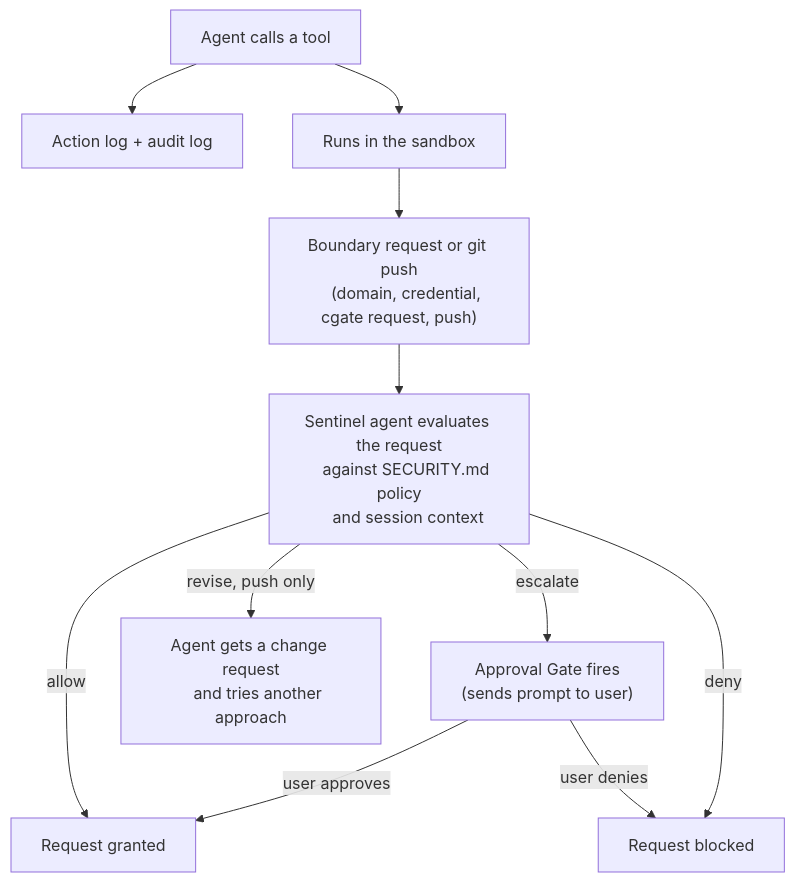
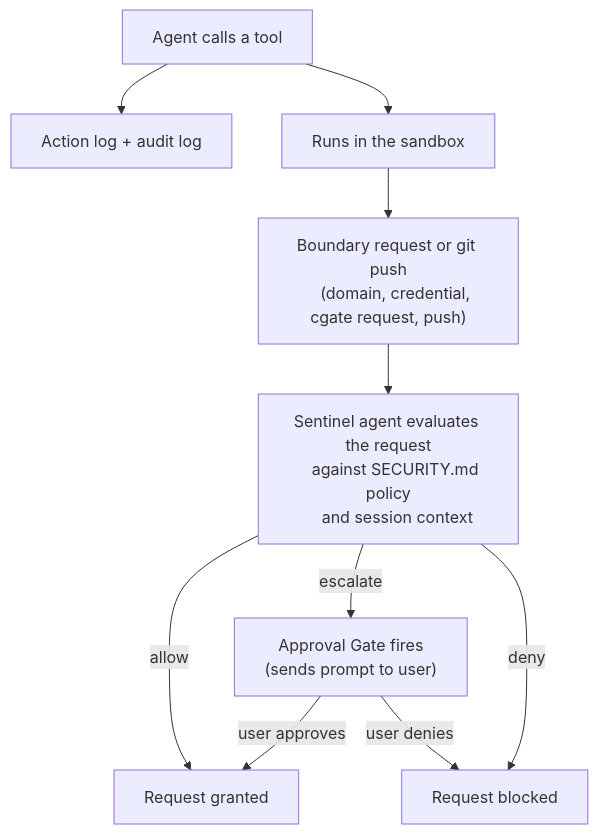
Before and after one commit to thiesgerken/carapace: the diagram in docs/security.md, drawn with Mermaid. The commit also changed other lines of this file and 25 other files, not shown here.

First line of the commit message:
♻️ refactor: drop the sentinel's revise verdict

````diff
--- a/docs/security.md
+++ b/docs/security.md
@@ -16,28 +15,25 @@
 ```mermaid
 flowchart TD
     Agent[Agent calls a tool]
     Log[Action log + audit log]
     Sandbox[Runs in the sandbox]
     Request["Boundary request or git push
     (domain, credential, cgate request, push)"]
     Sentinel["Sentinel agent evaluates the request
     against SECURITY.md policy
     and session context"]
     Proceed[Request granted]
-    Revise["Agent gets a change request
-    and tries another approach"]
     Gate["Approval Gate fires
     (sends prompt to user)"]
     Blocked[Request blocked]
 
     Agent --> Log
     Agent --> Sandbox
     Sandbox --> Request
     Request --> Sentinel
     Sentinel -->|allow| Proceed
-    Sentinel -->|revise, push only| Revise
     Sentinel -->|escalate| Gate
     Sentinel -->|deny| Blocked
     Gate -->|user approves| Proceed
     Gate -->|user denies| Blocked
 ```
````
